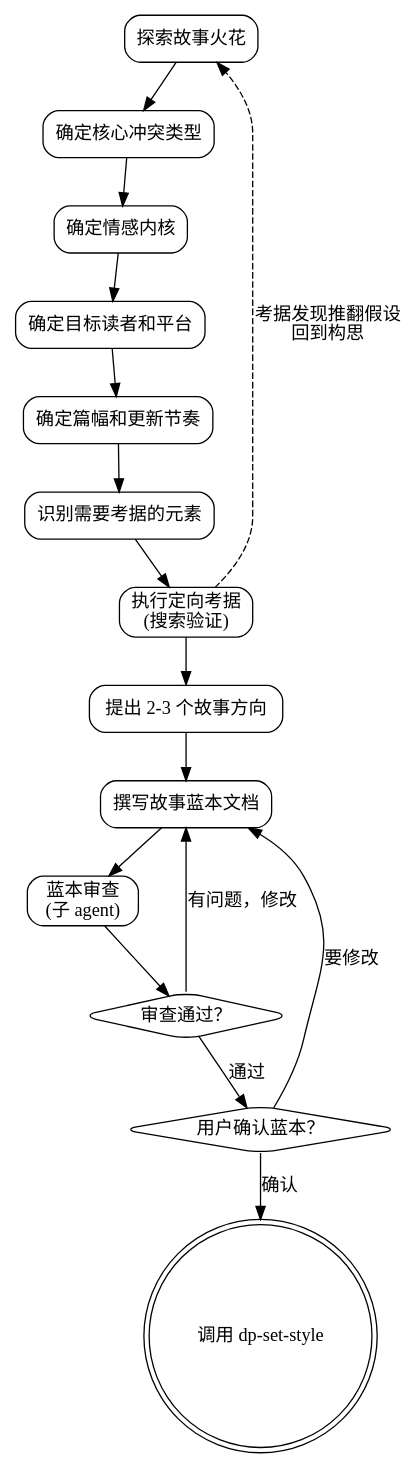
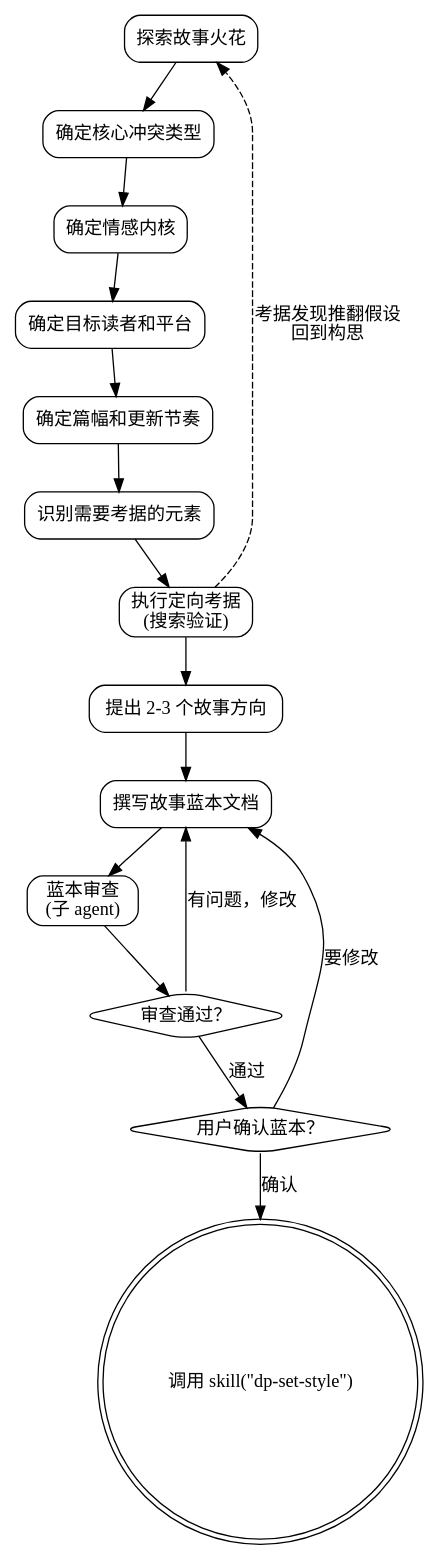
One commit to skyfiredao/dreampowers changed the diagram in skills/dp-tool-research/SKILL.md. Above: the diagram before and after it, drawn with Graphviz. The commit also changed other lines of this file and 10 other files, not shown here.

````diff
--- a/skills/dp-tool-research/SKILL.md
+++ b/skills/dp-tool-research/SKILL.md
@@ -57,37 +57,37 @@
 ```dot
 digraph research_idea {
     rankdir=TB;
     node [shape=box, style=rounded];
 
     spark [label="探索故事火花"];
     conflict [label="确定核心冲突类型"];
     emotion [label="确定情感内核"];
     audience [label="确定目标读者和平台"];
     length [label="确定篇幅和更新节奏"];
     research_gap [label="识别需要考据的元素"];
     research_exec [label="执行定向考据\n(搜索验证)"];
     directions [label="提出 2-3 个故事方向"];
     blueprint [label="撰写故事蓝本文档"];
     review [label="蓝本审查\n(子 agent)"];
     review_pass [label="审查通过？" shape=diamond];
     user_confirm [label="用户确认蓝本？" shape=diamond];
-    transition [label="调用 dp-set-style" shape=doublecircle];
+    transition [label="调用 skill(\"dp-set-style\")" shape=doublecircle];
 
     spark -> conflict;
     conflict -> emotion;
     emotion -> audience;
     audience -> length;
     length -> research_gap;
     research_gap -> research_exec;
     research_exec -> directions;
     directions -> blueprint;
     blueprint -> review;
     review -> review_pass;
     review_pass -> blueprint [label="有问题，修改"];
     review_pass -> user_confirm [label="通过"];
     user_confirm -> blueprint [label="要修改"];
     user_confirm -> transition [label="确认"];
 
     research_exec -> spark [label="考据发现推翻假设\n回到构思" style=dashed];
 }
 ```
````
